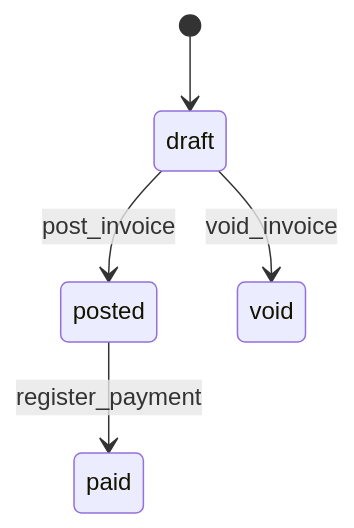
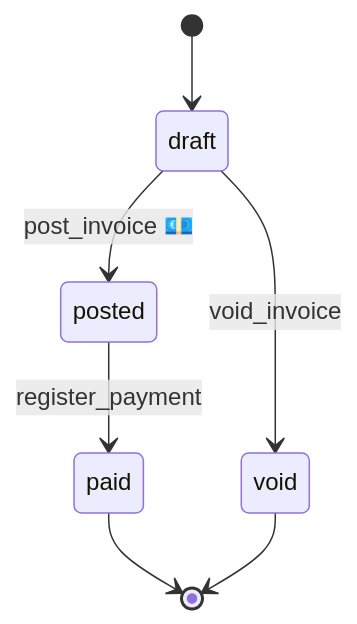
The diagram in README.md (Pher217/CoolERP), drawn with Mermaid before and after one commit. The commit also changed other lines of this file and 1 other file, not shown here.

Commit message:
feat: show terminal states and money-moving transitions in the process diagram (#111)

````diff
--- a/README.md
+++ b/README.md
@@ -61,7 +61,9 @@
 ```mermaid
 stateDiagram-v2
     [*] --> draft
-    draft --> posted: post_invoice
+    draft --> posted: post_invoice 💶
     posted --> paid: register_payment
     draft --> void: void_invoice
+    paid --> [*]
+    void --> [*]
 ```
````
